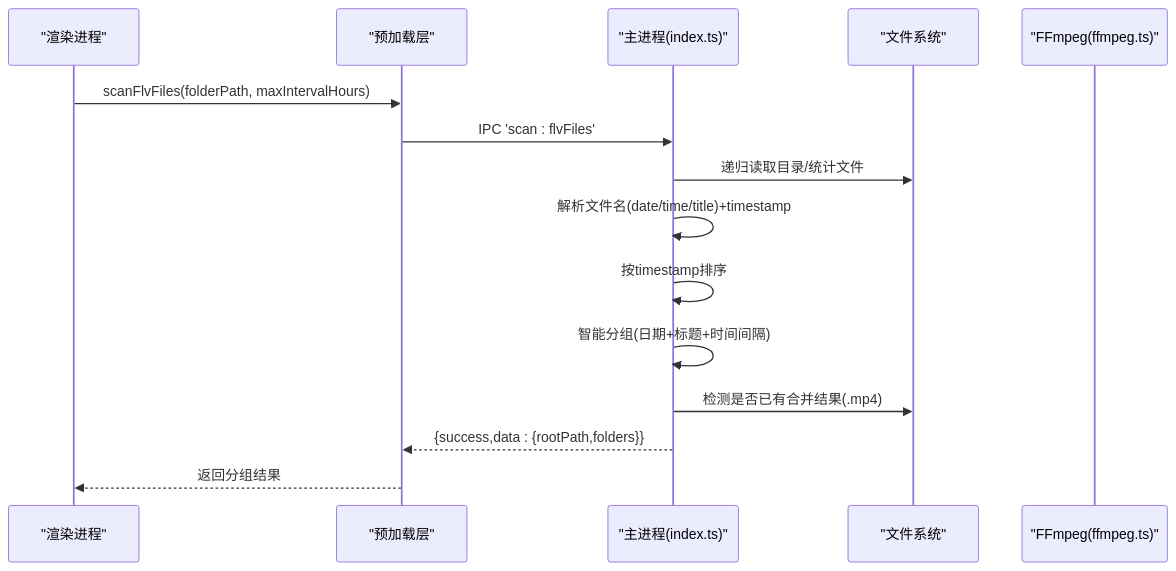
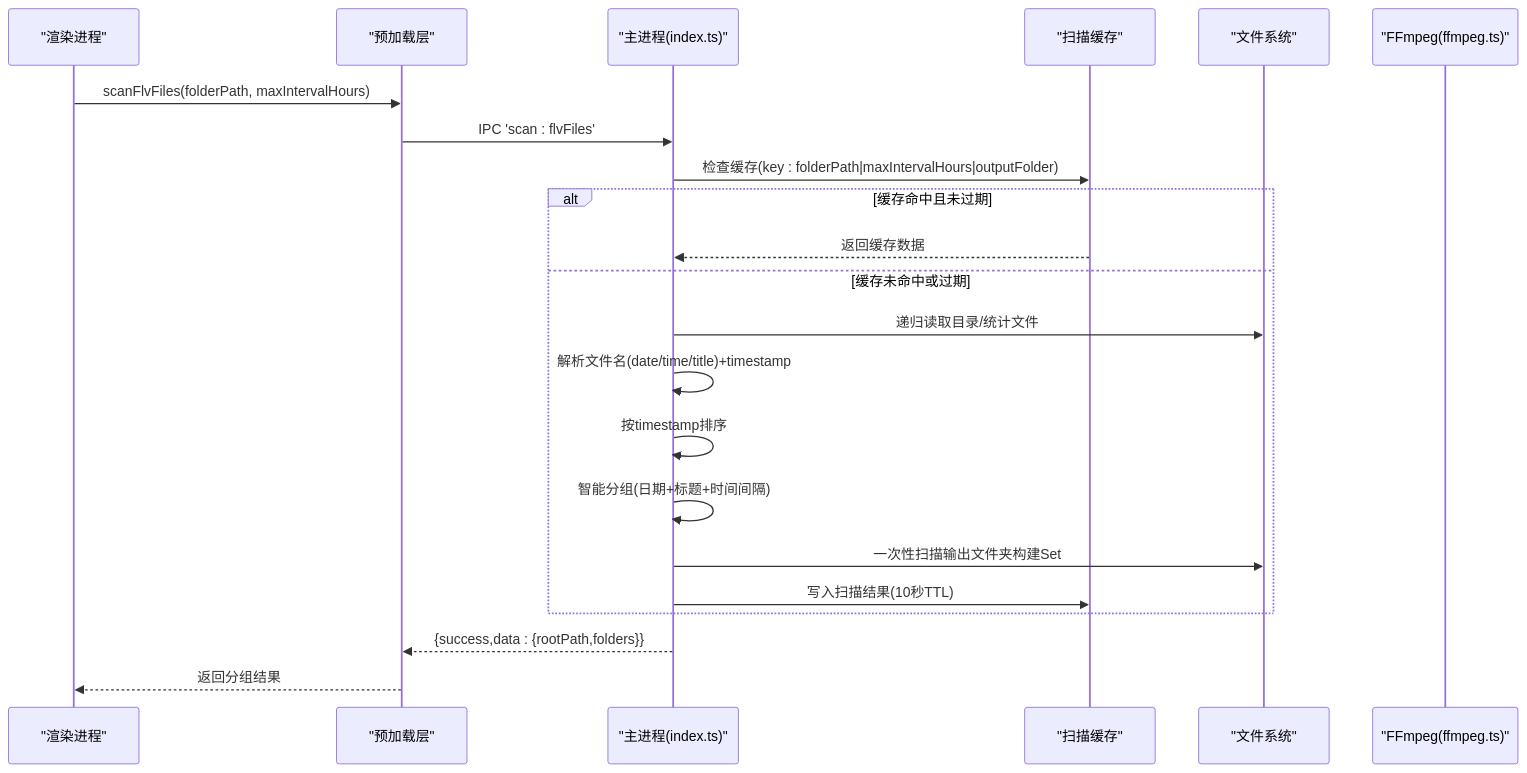
The second of 10 diagrams in .qoder/repowiki/zh/content/架构设计/主进程架构/文件扫描与分组算法/文件扫描与分组算法.md (HoarfrostKimi/Video-Merger), drawn with Mermaid before and after one commit. The commit also changed other lines of this file and 43 other files, not shown here.

````diff
--- a/.qoder/repowiki/zh/content/架构设计/主进程架构/文件扫描与分组算法/文件扫描与分组算法.md
+++ b/.qoder/repowiki/zh/content/架构设计/主进程架构/文件扫描与分组算法/文件扫描与分组算法.md
@@ -101,17 +127,24 @@
 ```mermaid
 sequenceDiagram
 participant UI as "渲染进程"
 participant Preload as "预加载层"
 participant Main as "主进程(index.ts)"
+participant Cache as "扫描缓存"
 participant FS as "文件系统"
 participant FFMPEG as "FFmpeg(ffmpeg.ts)"
 UI->>Preload : scanFlvFiles(folderPath, maxIntervalHours)
 Preload->>Main : IPC 'scan : flvFiles'
+Main->>Cache : 检查缓存(key : folderPath|maxIntervalHours|outputFolder)
+alt 缓存命中且未过期
+Cache-->>Main : 返回缓存数据
+else 缓存未命中或过期
 Main->>FS : 递归读取目录/统计文件
 Main->>Main : 解析文件名(date/time/title)+timestamp
 Main->>Main : 按timestamp排序
 Main->>Main : 智能分组(日期+标题+时间间隔)
-Main->>FS : 检测是否已有合并结果(.mp4)
+Main->>FS : 一次性扫描输出文件夹构建Set
+Main->>Cache : 写入扫描结果(10秒TTL)
+end
 Main-->>Preload : {success,data : {rootPath,folders}}
 Preload-->>UI : 返回分组结果
 ```
````
